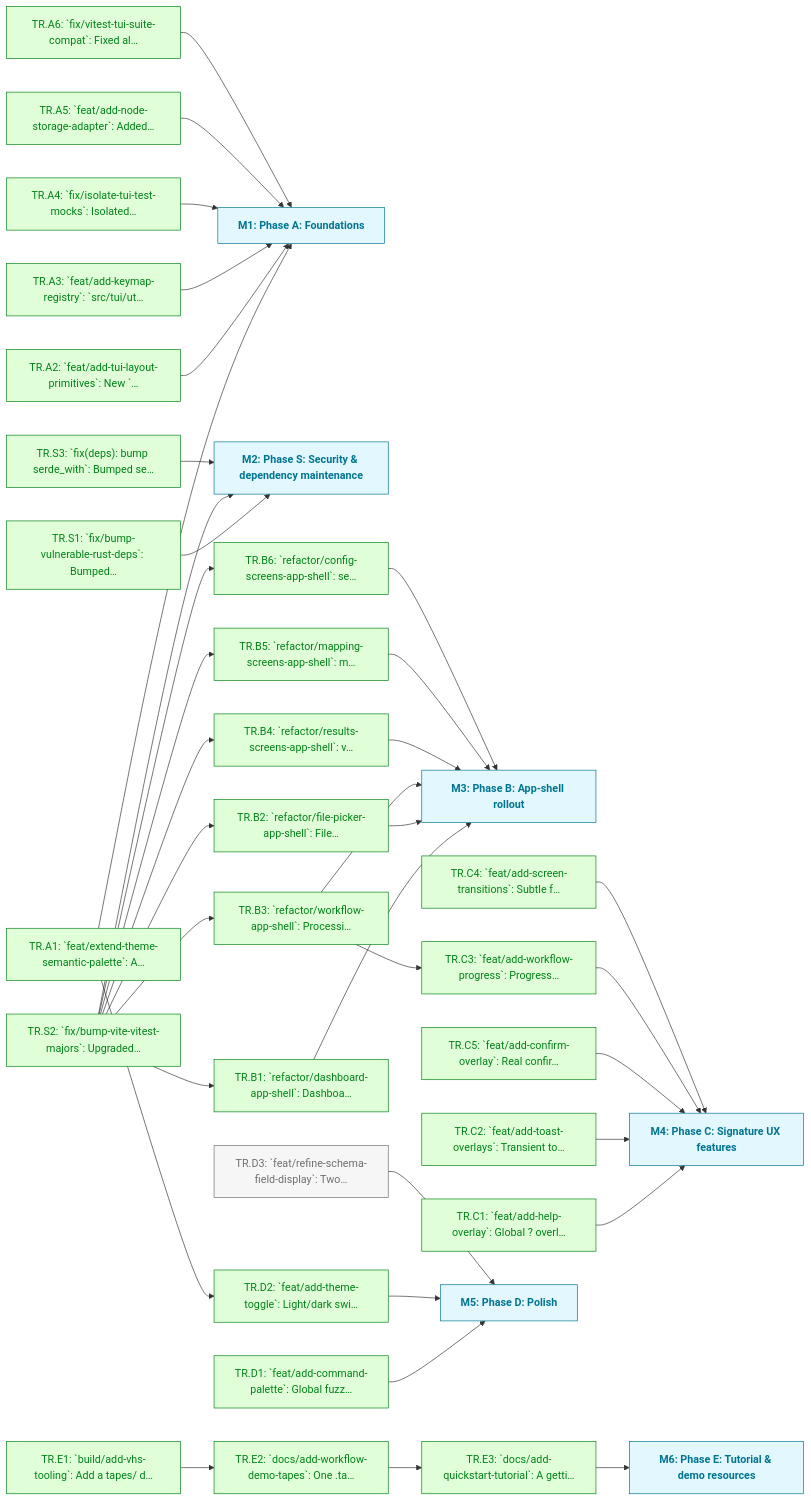
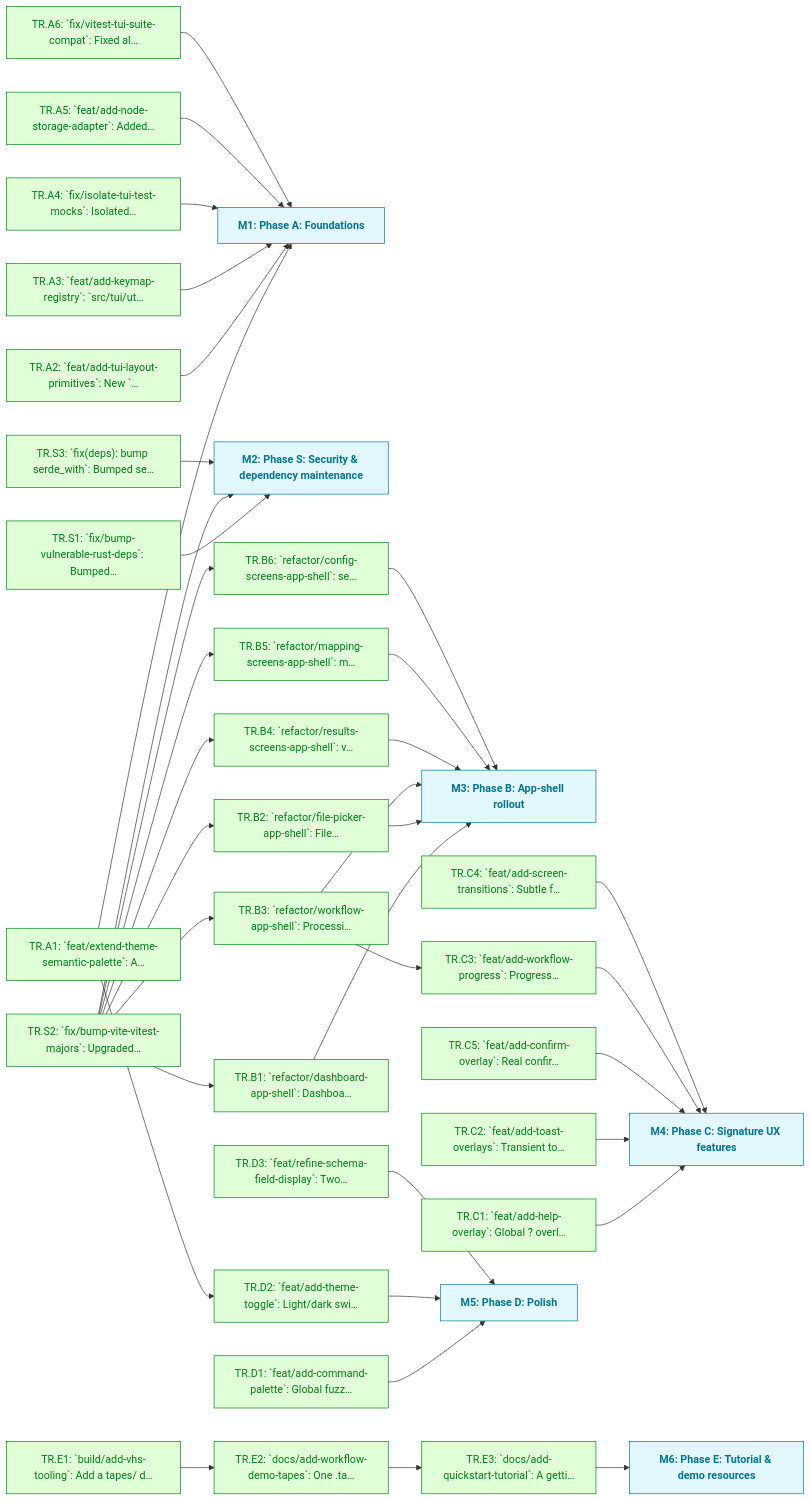
One commit to foundersandcoders/iris changed the diagram in docs/roadmaps/v5a-2606/enhanced.md. Above: the diagram before and after it, drawn with Mermaid. The commit also changed other lines of this file and 1 other file, not shown here.

Commit message:
docs(roadmap): mark TR.D3 done with evidence

````diff
--- a/docs/roadmaps/v5a-2606/enhanced.md
+++ b/docs/roadmaps/v5a-2606/enhanced.md
@@ -104,79 +105,78 @@
 ```mermaid
 graph LR
 	classDef todo fill:#f6f6f6,stroke:#6f6f6f,color:#6f6f6f
 	classDef blocked fill:#fff8f6,stroke:#e0002b,color:#e0002b,stroke-width:2px
 	classDef paused fill:#fdf4ff,stroke:#b01fe3,color:#b01fe3,stroke-dasharray:4 3
 	classDef deferred fill:#fff8f3,stroke:#ac5c00,color:#ac5c00,stroke-dasharray:2 4,font-style:italic
 	classDef done fill:#e0ffd9,stroke:#008217,color:#008217
 	classDef outOfScope fill:#f6f6f6,stroke:#e2e2e2,color:#e2e2e2,stroke-dasharray:2 2
 	classDef mile fill:#e3f7ff,stroke:#007590,color:#007590,font-weight:bold
 	classDef external fill:#fff9e5,stroke:#7d6f00,color:#7d6f00,stroke-dasharray:4 3,font-style:italic
 	TR.A1["TR.A1: `feat/extend-theme-semantic-palette`: A…"]
 	TR.A2["TR.A2: `feat/add-tui-layout-primitives`: New `…"]
 	TR.A3["TR.A3: `feat/add-keymap-registry`: `src/tui/ut…"]
 	TR.A4["TR.A4: `fix/isolate-tui-test-mocks`: Isolated…"]
 	TR.A5["TR.A5: `feat/add-node-storage-adapter`: Added…"]
 	TR.A6["TR.A6: `fix/vitest-tui-suite-compat`: Fixed al…"]
 	M1["M1: Phase A: Foundations"]:::mile
 	TR.S1["TR.S1: `fix/bump-vulnerable-rust-deps`: Bumped…"]
 	TR.S2["TR.S2: `fix/bump-vite-vitest-majors`: Upgraded…"]
 	TR.S3["TR.S3: `fix(deps): bump serde_with`: Bumped se…"]
 	M2["M2: Phase S: Security & dependency maintenance"]:::mile
 	TR.B1["TR.B1: `refactor/dashboard-app-shell`: Dashboa…"]
 	TR.B2["TR.B2: `refactor/file-picker-app-shell`: File…"]
 	TR.B3["TR.B3: `refactor/workflow-app-shell`: Processi…"]
 	TR.B4["TR.B4: `refactor/results-screens-app-shell`: v…"]
 	TR.B5["TR.B5: `refactor/mapping-screens-app-shell`: m…"]
 	TR.B6["TR.B6: `refactor/config-screens-app-shell`: se…"]
 	M3["M3: Phase B: App-shell rollout"]:::mile
 	TR.C1["TR.C1: `feat/add-help-overlay`: Global ? overl…"]
 	TR.C2["TR.C2: `feat/add-toast-overlays`: Transient to…"]
 	TR.C5["TR.C5: `feat/add-confirm-overlay`: Real confir…"]
 	TR.C3["TR.C3: `feat/add-workflow-progress`: Progress…"]
 	TR.C4["TR.C4: `feat/add-screen-transitions`: Subtle f…"]
 	M4["M4: Phase C: Signature UX features"]:::mile
 	TR.D1["TR.D1: `feat/add-command-palette`: Global fuzz…"]
 	TR.D2["TR.D2: `feat/add-theme-toggle`: Light/dark swi…"]
 	TR.D3["TR.D3: `feat/refine-schema-field-display`: Two…"]
 	M5["M5: Phase D: Polish"]:::mile
 	TR.E1["TR.E1: `build/add-vhs-tooling`: Add a tapes/ d…"]
 	TR.E2["TR.E2: `docs/add-workflow-demo-tapes`: One .ta…"]
 	TR.E3["TR.E3: `docs/add-quickstart-tutorial`: A getti…"]
 	M6["M6: Phase E: Tutorial & demo resources"]:::mile
 	TR.A1 --> M1
 	TR.A1 --> TR.D2
 	TR.A2 --> M1
 	TR.A3 --> M1
 	TR.A4 --> M1
 	TR.A5 --> M1
 	TR.A6 --> M1
 	TR.S1 --> M2
 	TR.S2 --> M2
 	TR.S3 --> M2
 	TR.S2 --> TR.B1
 	TR.S2 --> TR.B2
 	TR.S2 --> TR.B3
 	TR.S2 --> TR.B4
 	TR.S2 --> TR.B5
 	TR.S2 --> TR.B6
 	TR.B1 --> M3
 	TR.B2 --> M3
 	TR.B3 --> M3
 	TR.B3 --> TR.C3
 	TR.B4 --> M3
 	TR.B5 --> M3
 	TR.B6 --> M3
 	TR.C1 --> M4
 	TR.C2 --> M4
 	TR.C5 --> M4
 	TR.C3 --> M4
 	TR.C4 --> M4
 	TR.D1 --> M5
 	TR.D2 --> M5
 	TR.D3 --> M5
 	TR.E1 --> TR.E2
 	TR.E2 --> TR.E3
 	TR.E3 --> M6
-	class TR.D3 todo
-	class TR.A1,TR.A2,TR.A3,TR.A4,TR.A5,TR.A6,TR.B1,TR.B2,TR.B3,TR.B4,TR.B5,TR.B6,TR.C1,TR.C2,TR.C3,TR.C4,TR.C5,TR.D1,TR.D2,TR.E1,TR.E2,TR.E3,TR.S1,TR.S2,TR.S3 done
+	class TR.A1,TR.A2,TR.A3,TR.A4,TR.A5,TR.A6,TR.B1,TR.B2,TR.B3,TR.B4,TR.B5,TR.B6,TR.C1,TR.C2,TR.C3,TR.C4,TR.C5,TR.D1,TR.D2,TR.D3,TR.E1,TR.E2,TR.E3,TR.S1,TR.S2,TR.S3 done
 ```
````
